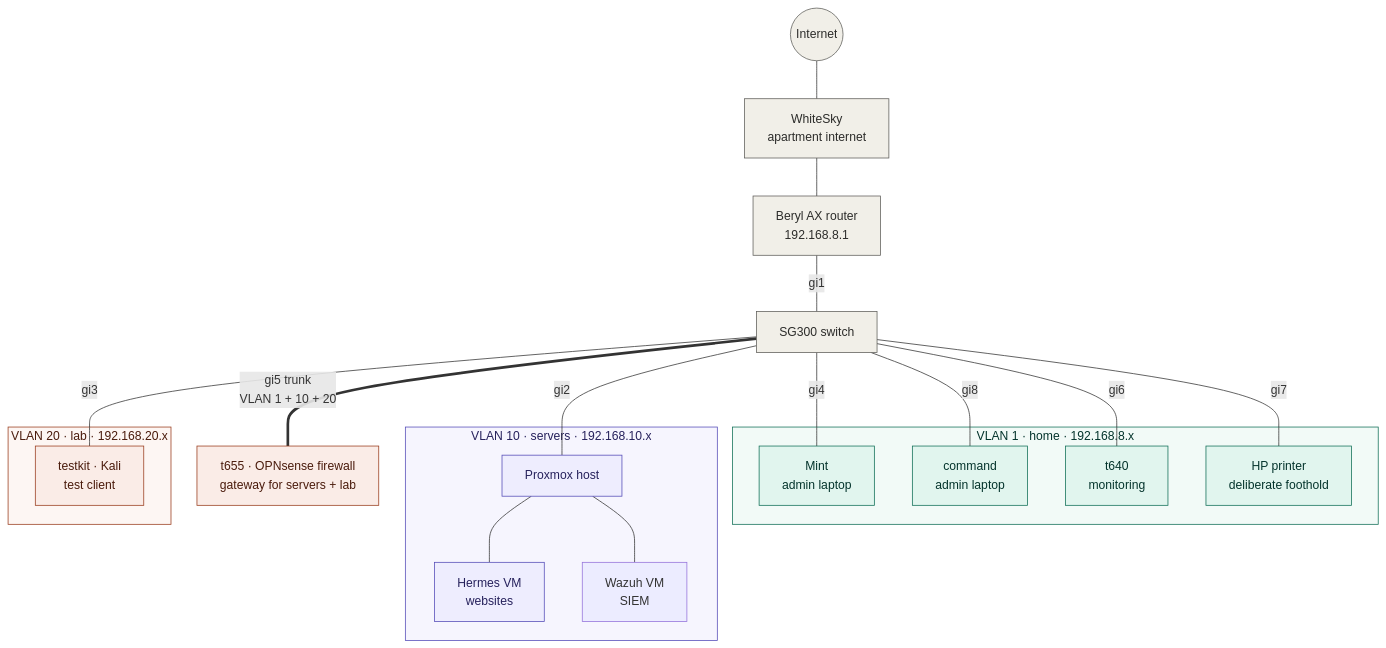
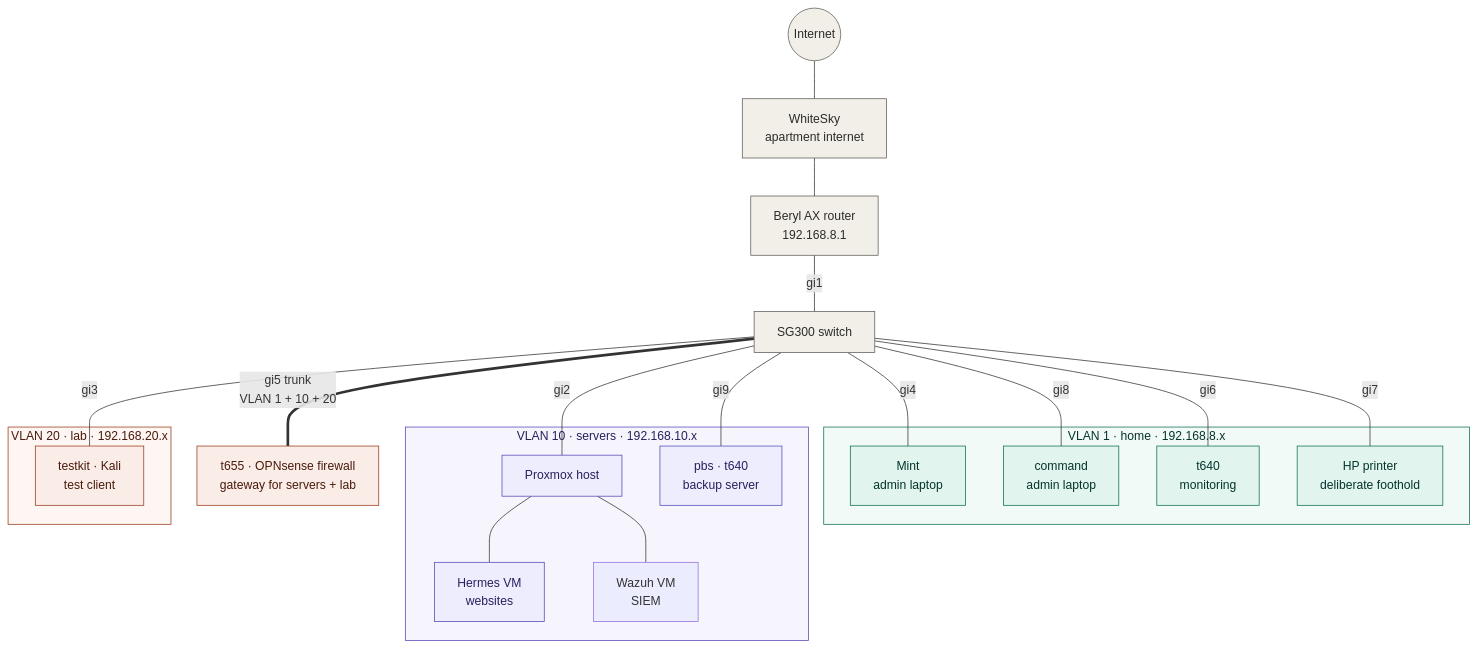
One commit to gibbsthedev/homelab changed the first of 4 diagrams in README.md. Above: the diagram before and after it, drawn with Mermaid. The commit also changed other lines of this file and 7 other files, not shown here.

````diff
--- a/README.md
+++ b/README.md
@@ -28,50 +29,52 @@
 ```mermaid
 flowchart TB
     internet(("Internet"))
     isp["WhiteSky<br/>apartment internet"]
     beryl["Beryl AX router<br/>192.168.8.1"]
     sw["SG300 switch"]
     fw["t655 · OPNsense firewall<br/>gateway for servers + lab"]
 
     internet --- isp --- beryl
     beryl ---|"gi1"| sw
 
     subgraph v1["VLAN 1 · home · 192.168.8.x"]
         mint["Mint<br/>admin laptop"]
         cmd["command<br/>admin laptop"]
         mon["t640<br/>monitoring"]
         hp["HP printer<br/>deliberate foothold"]
     end
 
     subgraph v10["VLAN 10 · servers · 192.168.10.x"]
         pve["Proxmox host"]
         hermes["Hermes VM<br/>websites"]
         wz["Wazuh VM<br/>SIEM"]
+        pbs["pbs · t640<br/>backup server"]
         pve --- hermes
         pve --- wz
     end
 
     subgraph v20["VLAN 20 · lab · 192.168.20.x"]
         tk["testkit · Kali<br/>test client"]
     end
 
     sw ---|"gi2"| pve
+    sw ---|"gi9"| pbs
     sw ---|"gi4"| mint
     sw ---|"gi6"| mon
     sw ---|"gi7"| hp
     sw ---|"gi8"| cmd
     sw ===|"gi5 trunk<br/>VLAN 1 + 10 + 20"| fw
     sw ---|"gi3"| tk
 
     classDef lab fill:#FAECE7,stroke:#993C1D,color:#4A1B0C
     classDef home fill:#E1F5EE,stroke:#0F6E56,color:#04342C
     classDef srv fill:#EEEDFE,stroke:#534AB7,color:#26215C
     classDef edge fill:#F1EFE8,stroke:#5F5E5A,color:#2C2C2A
     class tk,fw lab
     class mint,cmd,mon,hp home
-    class pve,hermes,oc srv
+    class pve,hermes,oc,pbs srv
     class internet,isp,beryl,sw edge
     style v20 fill:#FDF6F3,stroke:#993C1D,color:#4A1B0C
     style v1 fill:#F2FAF7,stroke:#0F6E56,color:#04342C
     style v10 fill:#F6F5FE,stroke:#534AB7,color:#26215C
 ```
````
